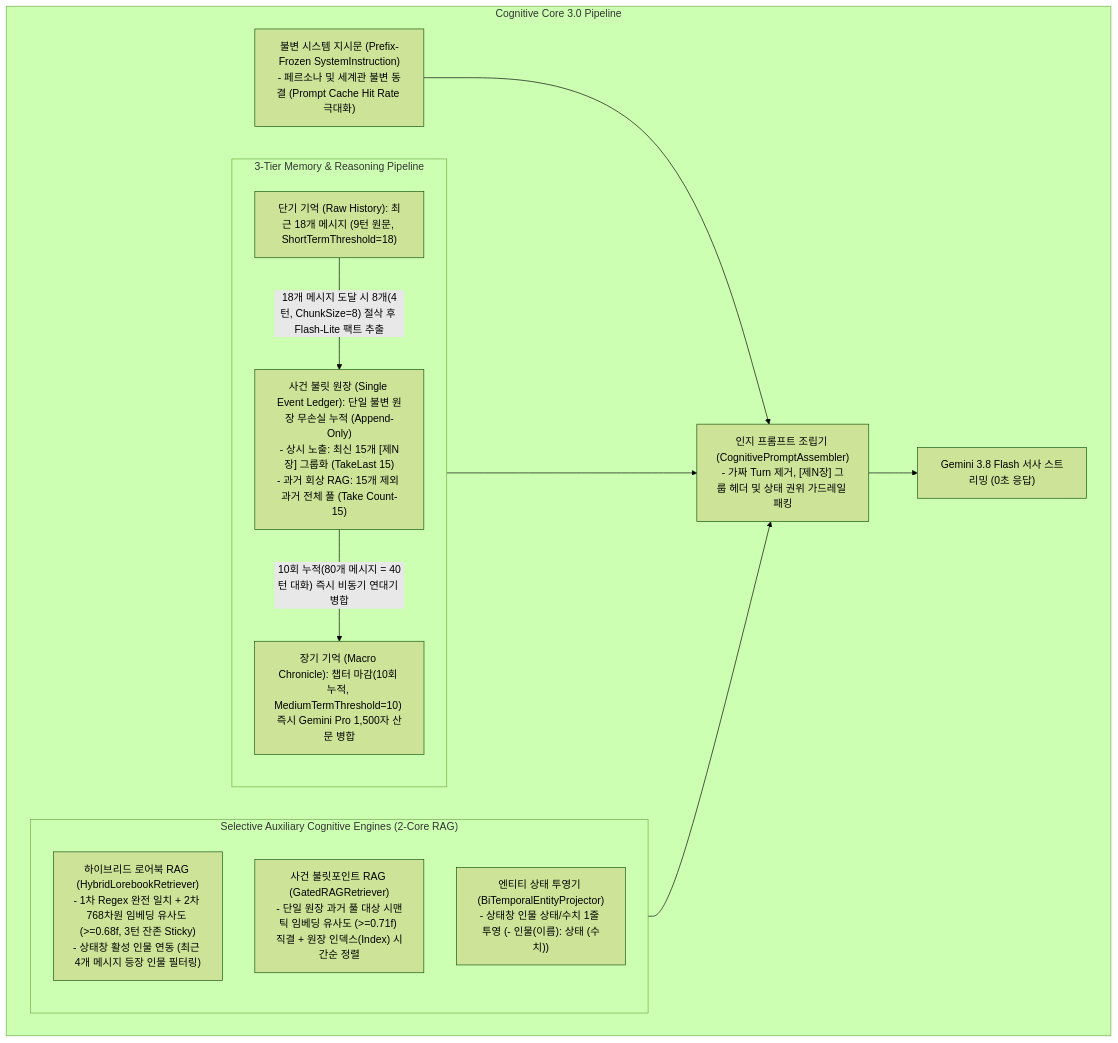
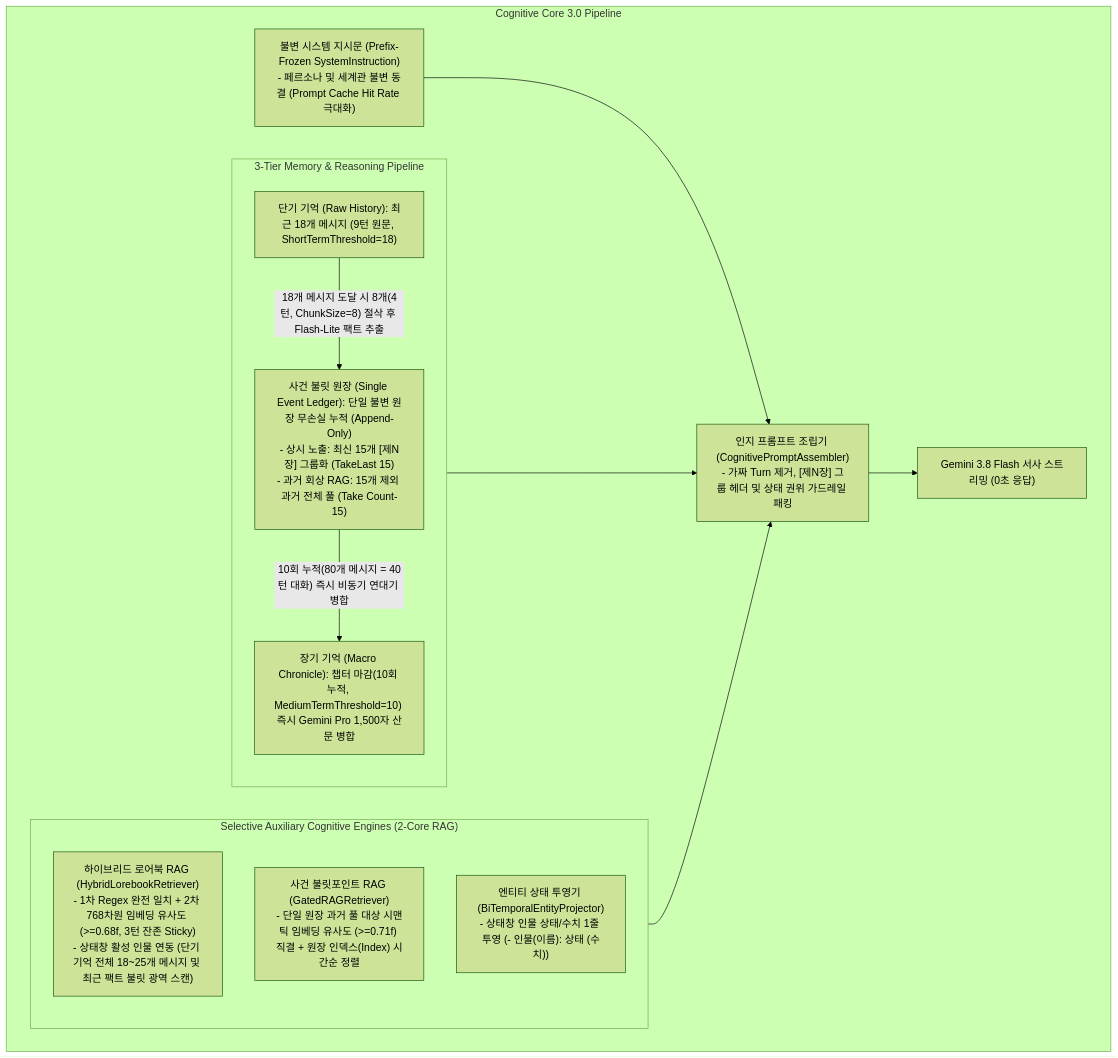
Before and after one commit to jin20203458/Obsidian.Agent: the first of 3 diagrams in GRC/docs/01_grc_architecture.md, drawn with Mermaid (forest theme). The commit also changed other lines of this file and 2 other files, not shown here.

````diff
--- a/GRC/docs/01_grc_architecture.md
+++ b/GRC/docs/01_grc_architecture.md
@@ -31,28 +31,28 @@
 ```mermaid
 flowchart TB
     subgraph COGNITIVE_CORE ["Cognitive Core 3.0 Pipeline"]
         SYS["불변 시스템 지시문 (Prefix-Frozen SystemInstruction)<br>- 페르소나 및 세계관 불변 동결 (Prompt Cache Hit Rate 극대화)"]
         
         subgraph TIERS ["3-Tier Memory & Reasoning Pipeline"]
             M1["단기 기억 (Raw History): 최근 18개 메시지 (9턴 원문, ShortTermThreshold=18)"]
             M2["사건 불릿 원장 (Single Event Ledger): 단일 불변 원장 무손실 누적 (Append-Only)<br>- 상시 노출: 최신 15개 [제N장] 그룹화 (TakeLast 15)<br>- 과거 회상 RAG: 15개 제외 과거 전체 풀 (Take Count-15)"]
             M3["장기 기억 (Macro Chronicle): 챕터 마감(10회 누적, MediumTermThreshold=10) 즉시 Gemini Pro 1,500자 산문 병합"]
             
             M1 -->|"18개 메시지 도달 시 8개(4턴, ChunkSize=8) 절삭 후 Flash-Lite 팩트 추출"| M2
             M2 -->|"10회 누적(80개 메시지 = 40턴 대화) 즉시 비동기 연대기 병합"| M3
         end
         
         subgraph AUXILIARY ["Selective Auxiliary Cognitive Engines (2-Core RAG)"]
-            HL["하이브리드 로어북 RAG (HybridLorebookRetriever)<br>- 1차 Regex 완전 일치 + 2차 768차원 임베딩 유사도 (>=0.68f, 3턴 잔존 Sticky)<br>- 상태창 활성 인물 연동 (최근 4개 메시지 등장 인물 필터링)"]
+            HL["하이브리드 로어북 RAG (HybridLorebookRetriever)<br>- 1차 Regex 완전 일치 + 2차 768차원 임베딩 유사도 (>=0.68f, 3턴 잔존 Sticky)<br>- 상태창 활성 인물 연동 (단기 기억 전체 18~25개 메시지 및 최근 팩트 불릿 광역 스캔)"]
             GR["사건 불릿포인트 RAG (GatedRAGRetriever)<br>- 단일 원장 과거 풀 대상 시맨틱 임베딩 유사도 (>=0.71f) 직결 + 원장 인덱스(Index) 시간순 정렬"]
             BP["엔티티 상태 투영기 (BiTemporalEntityProjector)<br>- 상태창 인물 상태/수치 1줄 투영 (- 인물(이름): 상태 (수치))"]
         end
         
         ASSEMBLER["인지 프롬프트 조립기 (CognitivePromptAssembler)<br>- 가짜 Turn 제거, [제N장] 그룹 헤더 및 상태 권위 가드레일 패킹"]
         
         SYS --> ASSEMBLER
         TIERS --> ASSEMBLER
         AUXILIARY --> ASSEMBLER
         ASSEMBLER --> LLM["Gemini 3.8 Flash 서사 스트리밍 (0초 응답)"]
     end
 ```
````
